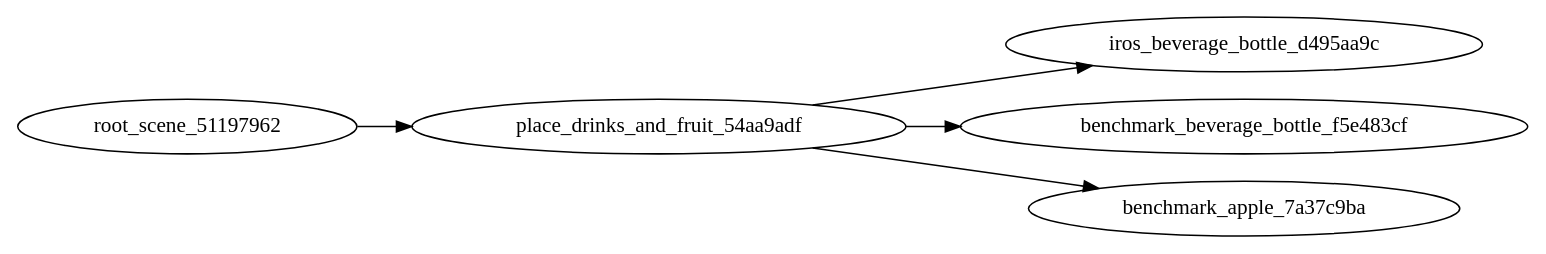
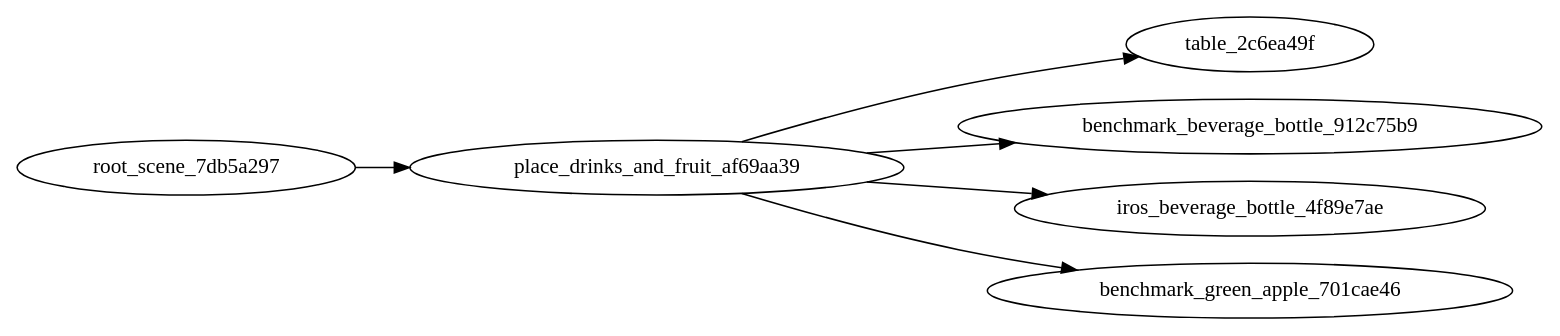
Before and after one commit to bodongiee/genie_sim_workplace: the diagram in source/geniesim/benchmark/config/llm_task/straighten_object/0/graph.dot, drawn with Graphviz. The commit also changed 568 other files, not shown here.

```diff
--- a/source/geniesim/benchmark/config/llm_task/straighten_object/0/graph.dot
+++ b/source/geniesim/benchmark/config/llm_task/straighten_object/0/graph.dot
@@ -1,10 +1,12 @@
 strict digraph "" {
 	graph [rankdir=LR];
-	root_scene_51197962 -> place_drinks_and_fruit_54aa9adf;
-	iros_beverage_bottle_d495aa9c	[tags="['sprite', 'beverage', 'bottle', 'drink', 'right']"];
-	place_drinks_and_fruit_54aa9adf -> iros_beverage_bottle_d495aa9c;
-	benchmark_beverage_bottle_f5e483cf	[tags="['fanta', 'beverage', 'bottle', 'drink', 'left']"];
-	place_drinks_and_fruit_54aa9adf -> benchmark_beverage_bottle_f5e483cf;
-	benchmark_apple_7a37c9ba	[tags="['apple', 'fruit', 'healthy', 'snack', 'left']"];
-	place_drinks_and_fruit_54aa9adf -> benchmark_apple_7a37c9ba;
+	root_scene_7db5a297 -> place_drinks_and_fruit_af69aa39;
+	table_2c6ea49f	[tags="['minimalist_table', 'white', 'furniture', 'center']"];
+	place_drinks_and_fruit_af69aa39 -> table_2c6ea49f;
+	benchmark_beverage_bottle_912c75b9	[tags="['coke cola', 'beverage', 'bottle', 'drink', 'left']"];
+	place_drinks_and_fruit_af69aa39 -> benchmark_beverage_bottle_912c75b9;
+	iros_beverage_bottle_4f89e7ae	[tags="['sprite', 'beverage', 'bottle', 'drink', 'right']"];
+	place_drinks_and_fruit_af69aa39 -> iros_beverage_bottle_4f89e7ae;
+	benchmark_green_apple_701cae46	[tags="['green apple', 'fruit', 'healthy', 'snack', 'right']"];
+	place_drinks_and_fruit_af69aa39 -> benchmark_green_apple_701cae46;
 }
```
